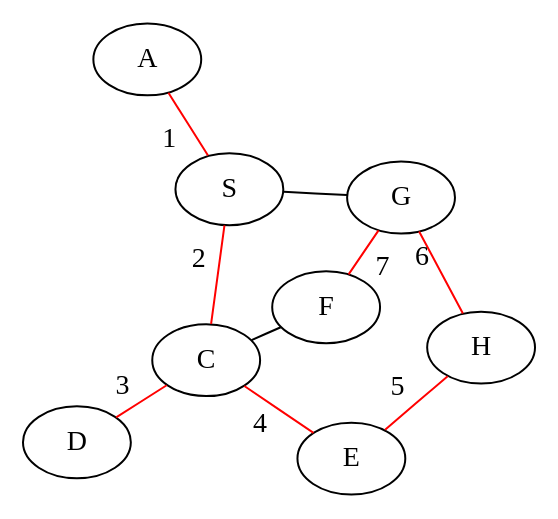
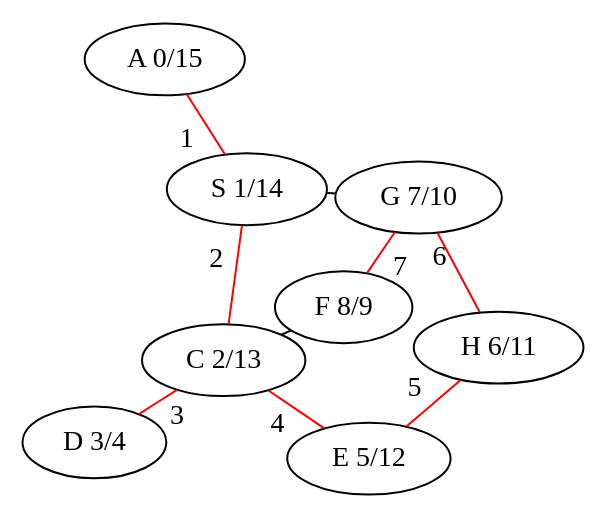
One commit to time2funk/dot changed the diagram in 4_11.gv. Above: the diagram before and after it, drawn with Graphviz. The commit also changed 1 other file, not shown here.

```diff
--- a/4_11.gv
+++ b/4_11.gv
@@ -1,18 +1,26 @@
 graph G {
 	// DFS (4_11)
 	// s15928
 	// used red color to show visited adges 
 	// used indexes for visited adges to show sequence
 
 	layout = neato ;
 	A -- S [color = red, label=" 1 "];
 	S -- C [color = red, label=" 2 "];
 	S -- G ;
 	C -- F ;
 	G -- F [color = red, label=" 7 "];
 	C -- D [color = red, label=" 3 "];
 	C -- E [color = red, label=" 4 "];
 	H -- E [color = red, label=" 5 "];
 	H -- G  [color = red, label=" 6 "];
 
+	A [label = "A 0/15"];
+	S [label = "S 1/14"];
+	C [label = "C 2/13"];
+	D [label = "D 3/4"];
+	E [label = "E 5/12"];
+	H [label = "H 6/11"];
+	G [label = "G 7/10"];
+	F [label = "F 8/9"];
 }
```
